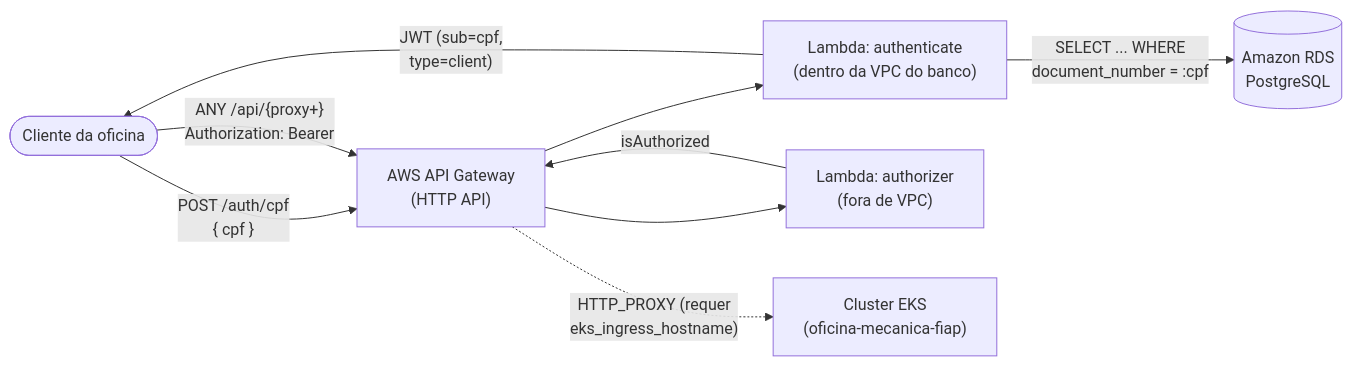
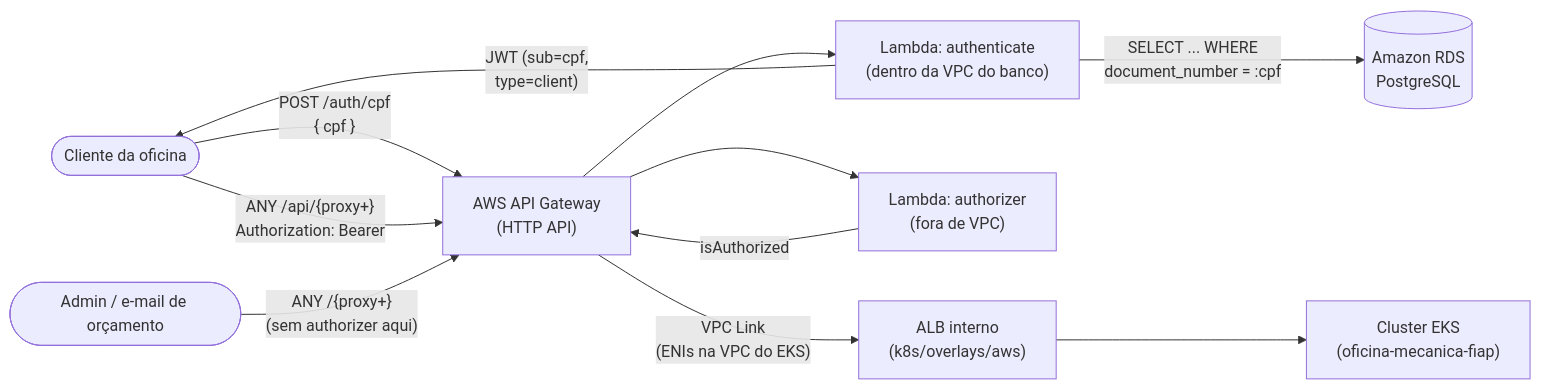
The first of 2 diagrams in README.md (phantosmia/oficina-mecanica-lambda-auth), drawn with Mermaid before and after one commit. The commit also changed other lines of this file and 4 other files, not shown here.

First line of the commit message:
Adiciona VPC Link para alcancar o ALB interno do EKS (ADR-0006)

````diff
--- a/README.md
+++ b/README.md
@@ -15,12 +16,15 @@
 ```mermaid
 flowchart LR
     Cliente(["Cliente da oficina"]) -->|"POST /auth/cpf<br/>{ cpf }"| APIGW["AWS API Gateway<br/>(HTTP API)"]
     APIGW --> AuthFn["Lambda: authenticate<br/>(dentro da VPC do banco)"]
     AuthFn -->|"SELECT ... WHERE<br/>document_number = :cpf"| RDS[("Amazon RDS<br/>PostgreSQL")]
     AuthFn -->|"JWT (sub=cpf,<br/>type=client)"| Cliente
 
     Cliente -->|"ANY /api/{proxy+}<br/>Authorization: Bearer"| APIGW
     APIGW --> AuthzFn["Lambda: authorizer<br/>(fora de VPC)"]
     AuthzFn -->|"isAuthorized"| APIGW
-    APIGW -.->|"HTTP_PROXY (requer<br/>eks_ingress_hostname)"| EKS["Cluster EKS<br/>(oficina-mecanica-fiap)"]
+
+    Admin(["Admin / e-mail de orçamento"]) -->|"ANY /{proxy+}<br/>(sem authorizer aqui)"| APIGW
+    APIGW -->|"VPC Link<br/>(ENIs na VPC do EKS)"| ALB["ALB interno<br/>(k8s/overlays/aws)"]
+    ALB --> EKS["Cluster EKS<br/>(oficina-mecanica-fiap)"]
 ```
````
